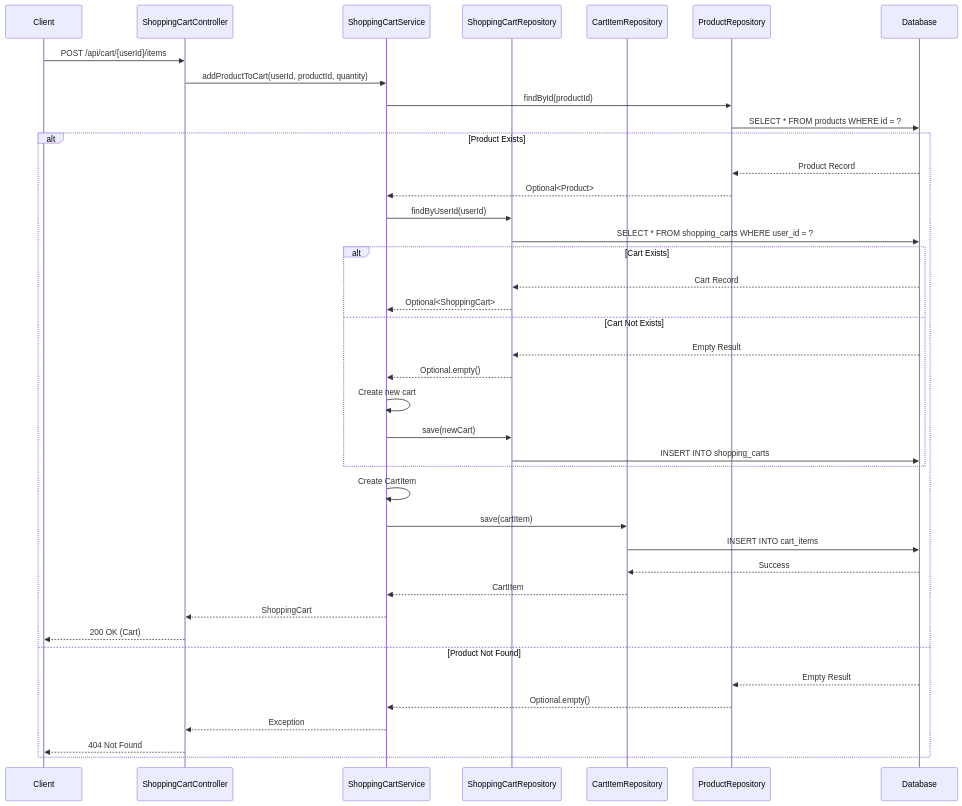
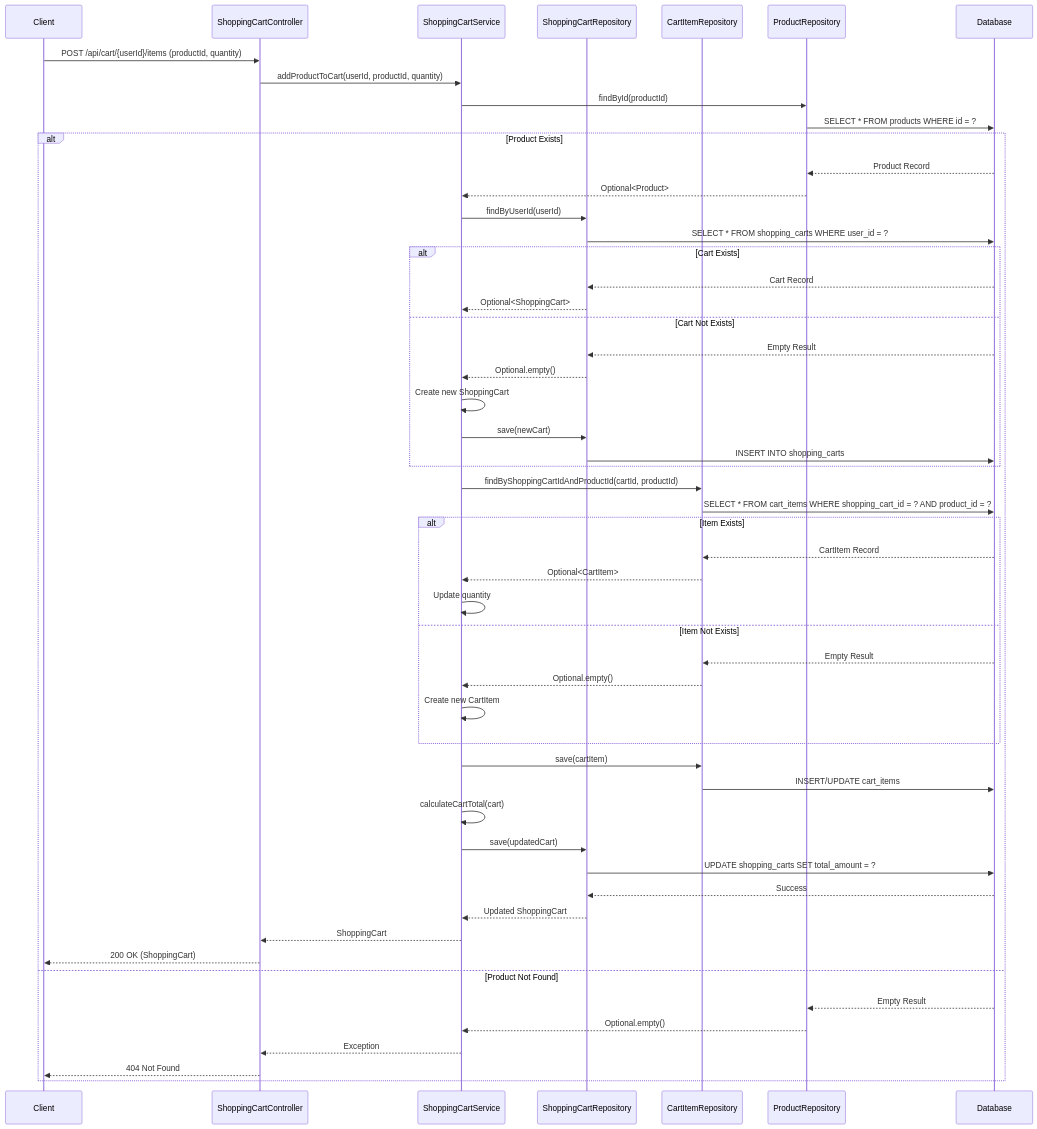
The tenth of 13 diagrams in docs/LLD/modified_lld.md (NavneetBN47/aava-ecom-demo), drawn with Mermaid before and after one commit. The commit also changed other lines of this file, not shown here.

````diff
--- a/docs/LLD/modified_lld.md
+++ b/docs/LLD/modified_lld.md
@@ -372,46 +342,61 @@
 ```mermaid
 sequenceDiagram
     participant Client
     participant ShoppingCartController
     participant ShoppingCartService
     participant ShoppingCartRepository
     participant CartItemRepository
     participant ProductRepository
     participant Database
 
-    Client->>ShoppingCartController: POST /api/cart/{userId}/items
+    Client->>ShoppingCartController: POST /api/cart/{userId}/items (productId, quantity)
     ShoppingCartController->>ShoppingCartService: addProductToCart(userId, productId, quantity)
     ShoppingCartService->>ProductRepository: findById(productId)
     ProductRepository->>Database: SELECT * FROM products WHERE id = ?
     
     alt Product Exists
         Database-->>ProductRepository: Product Record
         ProductRepository-->>ShoppingCartService: Optional<Product>
         ShoppingCartService->>ShoppingCartRepository: findByUserId(userId)
         ShoppingCartRepository->>Database: SELECT * FROM shopping_carts WHERE user_id = ?
         
         alt Cart Exists
             Database-->>ShoppingCartRepository: Cart Record
             ShoppingCartRepository-->>ShoppingCartService: Optional<ShoppingCart>
         else Cart Not Exists
             Database-->>ShoppingCartRepository: Empty Result
             ShoppingCartRepository-->>ShoppingCartService: Optional.empty()
-            ShoppingCartService->>ShoppingCartService: Create new cart
+            ShoppingCartService->>ShoppingCartService: Create new ShoppingCart
             ShoppingCartService->>ShoppingCartRepository: save(newCart)
             ShoppingCartRepository->>Database: INSERT INTO shopping_carts
         end
         
-        ShoppingCartService->>ShoppingCartService: Create CartItem
+        ShoppingCartService->>CartItemRepository: findByShoppingCartIdAndProductId(cartId, productId)
+        CartItemRepository->>Database: SELECT * FROM cart_items WHERE shopping_cart_id = ? AND product_id = ?
+        
+        alt Item Exists
+            Database-->>CartItemRepository: CartItem Record
+            CartItemRepository-->>ShoppingCartService: Optional<CartItem>
+            ShoppingCartService->>ShoppingCartService: Update quantity
+        else Item Not Exists
+            Database-->>CartItemRepository: Empty Result
+            CartItemRepository-->>ShoppingCartService: Optional.empty()
+            ShoppingCartService->>ShoppingCartService: Create new CartItem
+        end
+        
         ShoppingCartService->>CartItemRepository: save(cartItem)
-        CartItemRepository->>Database: INSERT INTO cart_items
-        Database-->>CartItemRepository: Success
-        CartItemRepository-->>ShoppingCartService: CartItem
+        CartItemRepository->>Database: INSERT/UPDATE cart_items
+        ShoppingCartService->>ShoppingCartService: calculateCartTotal(cart)
+        ShoppingCartService->>ShoppingCartRepository: save(updatedCart)
+        ShoppingCartRepository->>Database: UPDATE shopping_carts SET total_amount = ?
+        Database-->>ShoppingCartRepository: Success
+        ShoppingCartRepository-->>ShoppingCartService: Updated ShoppingCart
         ShoppingCartService-->>ShoppingCartController: ShoppingCart
-        ShoppingCartController-->>Client: 200 OK (Cart)
+        ShoppingCartController-->>Client: 200 OK (ShoppingCart)
     else Product Not Found
         Database-->>ProductRepository: Empty Result
         ProductRepository-->>ShoppingCartService: Optional.empty()
         ShoppingCartService-->>ShoppingCartController: Exception
         ShoppingCartController-->>Client: 404 Not Found
     end
 ```
````
